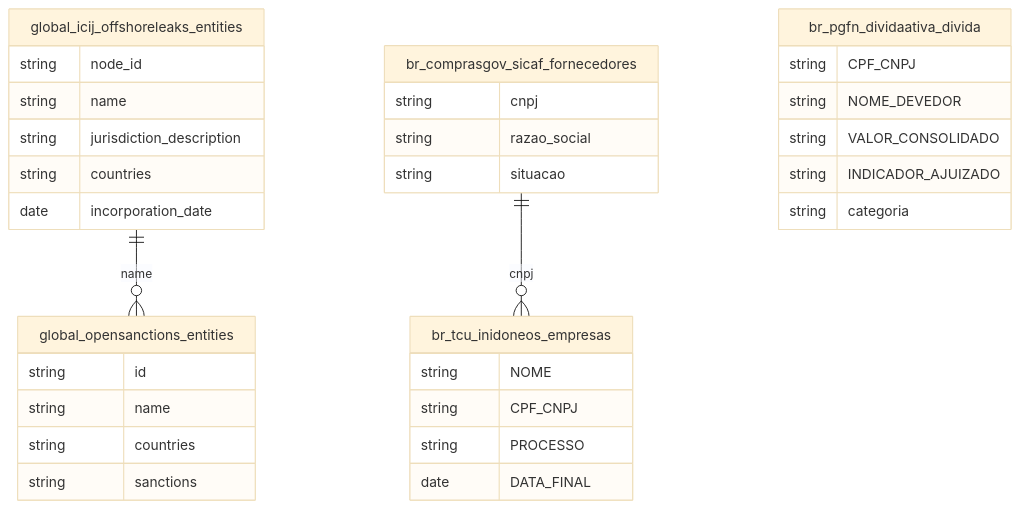
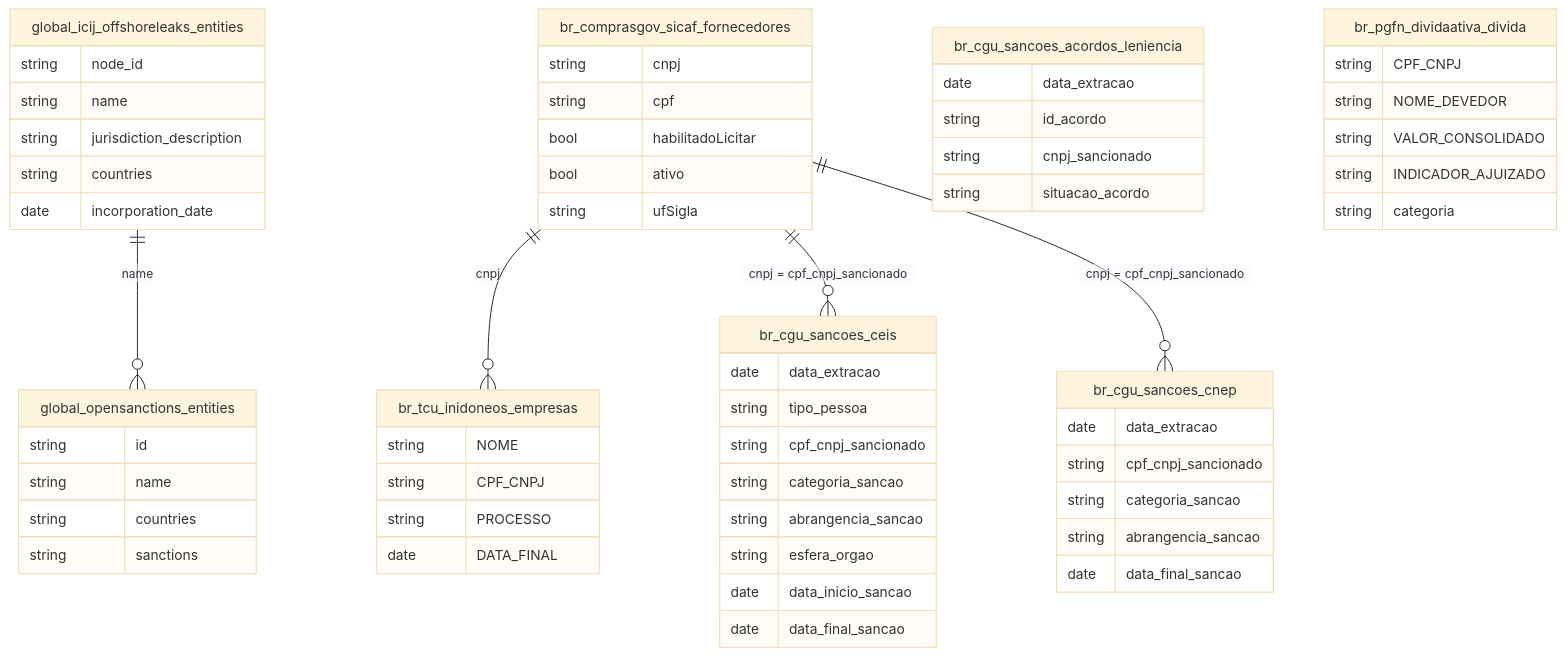
One commit to rafapolo/rodado changed the diagram in docs/mapa/overview/37_sancoes_offshore.md. Above: the diagram before and after it, drawn with Mermaid (base theme). The commit also changed other lines of this file and 135 other files, not shown here.

````diff
--- a/docs/mapa/overview/37_sancoes_offshore.md
+++ b/docs/mapa/overview/37_sancoes_offshore.md
@@ -2,16 +2,21 @@
 ```mermaid
 erDiagram
     global_icij_offshoreleaks_entities {
         string node_id
         string name
         string jurisdiction_description
         string countries
         date incorporation_date
     }
-    br_comprasgov_sicaf_fornecedores { string cnpj string razao_social string situacao }
+    br_comprasgov_sicaf_fornecedores { string cnpj string cpf bool habilitadoLicitar bool ativo string ufSigla }
+    br_cgu_sancoes_ceis { date data_extracao string tipo_pessoa string cpf_cnpj_sancionado string categoria_sancao string abrangencia_sancao string esfera_orgao date data_inicio_sancao date data_final_sancao }
+    br_cgu_sancoes_cnep { date data_extracao string cpf_cnpj_sancionado string categoria_sancao string abrangencia_sancao date data_final_sancao }
+    br_cgu_sancoes_acordos_leniencia { date data_extracao string id_acordo string cnpj_sancionado string situacao_acordo }
     br_tcu_inidoneos_empresas { string NOME string CPF_CNPJ string PROCESSO date DATA_FINAL }
     br_pgfn_dividaativa_divida { string CPF_CNPJ string NOME_DEVEDOR string VALOR_CONSOLIDADO string INDICADOR_AJUIZADO string categoria }
     global_opensanctions_entities { string id string name string countries string sanctions }
     global_icij_offshoreleaks_entities ||--o{ global_opensanctions_entities : "name"
     br_comprasgov_sicaf_fornecedores ||--o{ br_tcu_inidoneos_empresas : "cnpj"
+    br_comprasgov_sicaf_fornecedores ||--o{ br_cgu_sancoes_ceis : "cnpj = cpf_cnpj_sancionado"
+    br_comprasgov_sicaf_fornecedores ||--o{ br_cgu_sancoes_cnep : "cnpj = cpf_cnpj_sancionado"
 ```
````
